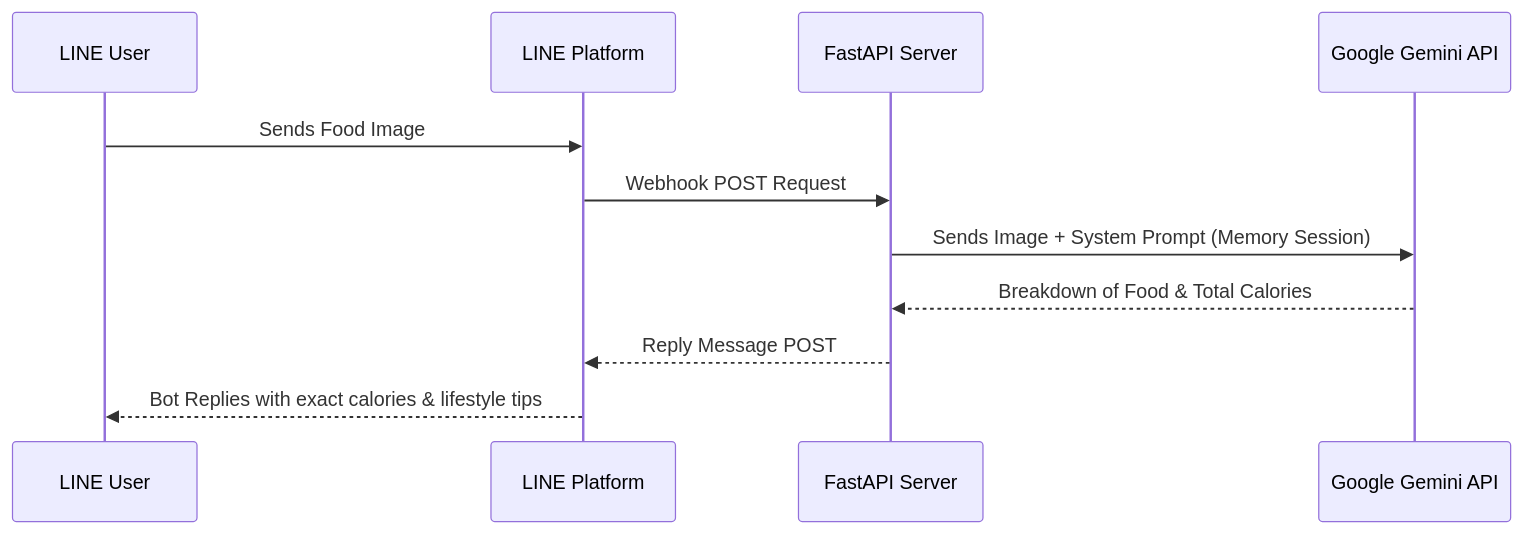
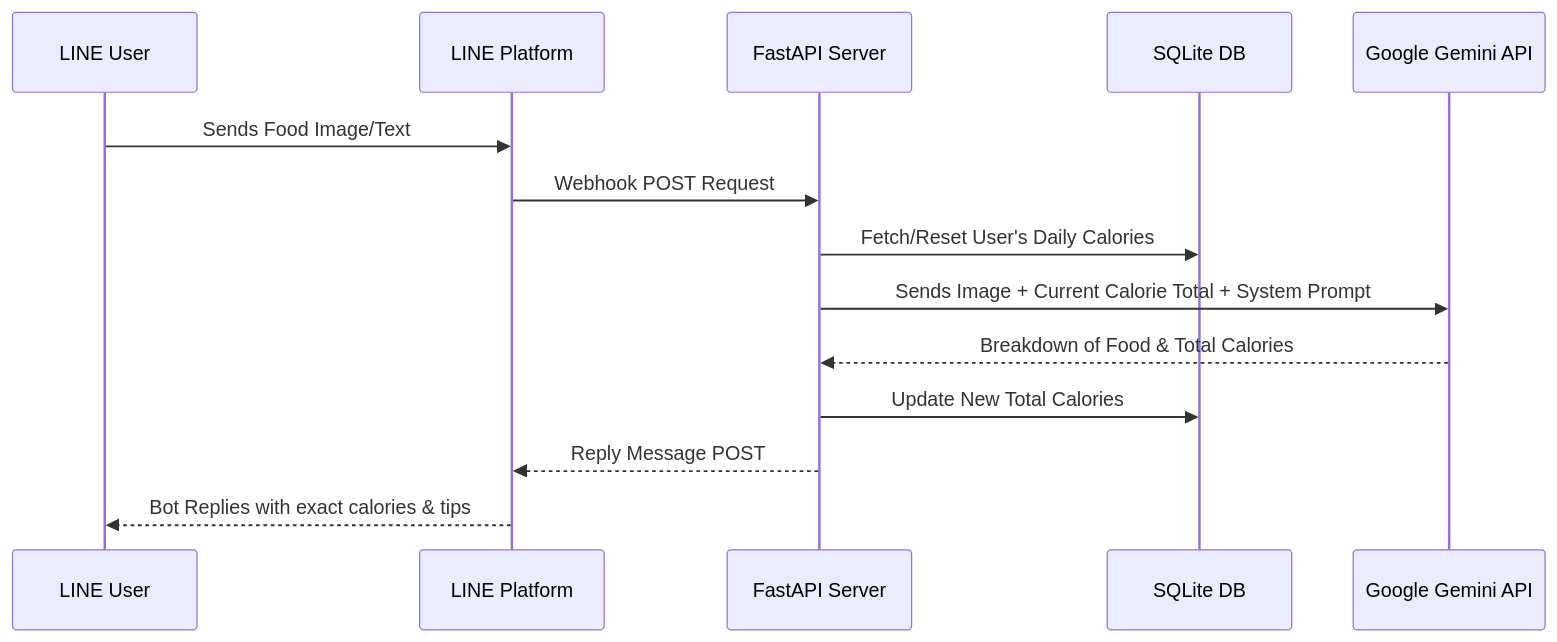
One commit to welltilln/howmanycals changed the diagram in README.md. Above: the diagram before and after it, drawn with Mermaid. The commit also changed other lines of this file and 3 other files, not shown here.

Commit message:
refactor: implement sqlite persistence, auto-reset and rewrite readme

````diff
--- a/README.md
+++ b/README.md
@@ -14,14 +13,17 @@
 ```mermaid
 sequenceDiagram
     participant User as LINE User
     participant LINE as LINE Platform
     participant App as FastAPI Server
+    participant DB as SQLite DB
     participant Gemini as Google Gemini API
 
-    User->>LINE: Sends Food Image
+    User->>LINE: Sends Food Image/Text
     LINE->>App: Webhook POST Request
-    App->>Gemini: Sends Image + System Prompt (Memory Session)
+    App->>DB: Fetch/Reset User's Daily Calories
+    App->>Gemini: Sends Image + Current Calorie Total + System Prompt
     Gemini-->>App: Breakdown of Food & Total Calories
+    App->>DB: Update New Total Calories
     App-->>LINE: Reply Message POST
-    LINE-->>User: Bot Replies with exact calories & lifestyle tips
+    LINE-->>User: Bot Replies with exact calories & tips
 ```
````
